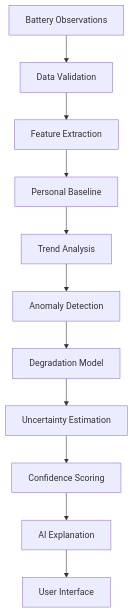
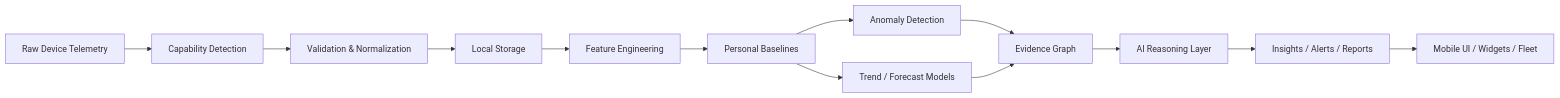
Before and after one commit to lucylow/battery_tracker_mobile: the first of 25 diagrams in README.md, drawn with Mermaid. The commit also changed other lines of this file, not shown here.

````diff
--- a/README.md
+++ b/README.md
@@ -428,13 +44,15 @@
 ```mermaid
-flowchart TD
-    A[Battery Observations] --> B[Data Validation]
-    B --> C[Feature Extraction]
-    C --> D[Personal Baseline]
-    D --> E[Trend Analysis]
-    E --> F[Anomaly Detection]
-    F --> G[Degradation Model]
-    G --> H[Uncertainty Estimation]
-    H --> I[Confidence Scoring]
-    I --> J[AI Explanation]
-    J --> K[User Interface]
+flowchart LR
+    A[Raw Device Telemetry] --> B[Capability Detection]
+    B --> C[Validation & Normalization]
+    C --> D[Local Storage]
+    D --> E[Feature Engineering]
+    E --> F[Personal Baselines]
+    F --> G[Anomaly Detection]
+    F --> H[Trend / Forecast Models]
+    G --> I[Evidence Graph]
+    H --> I
+    I --> J[AI Reasoning Layer]
+    J --> K[Insights / Alerts / Reports]
+    K --> L[Mobile UI / Widgets / Fleet]
 ```
````
